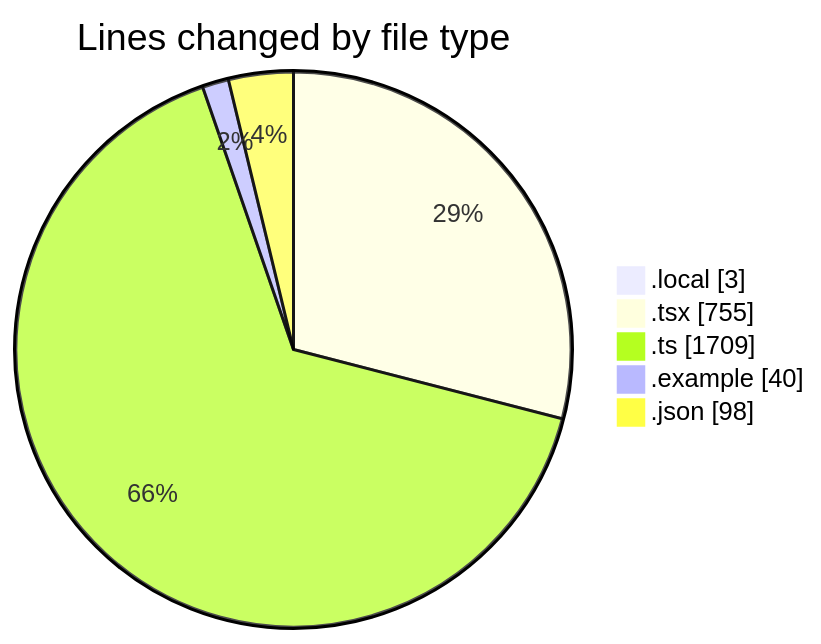
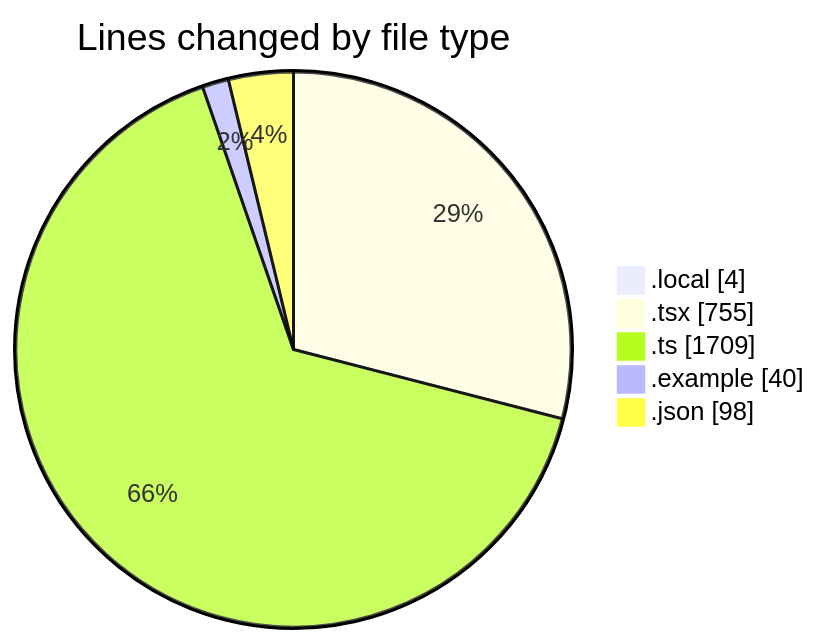
The first of 2 diagrams in 2025-11-20/eventscop-frontend-guide__workspace_/README.md (julien-gomy/code-tracking), drawn with Mermaid before and after one commit. The commit also changed other lines of this file and 1 other file, not shown here.

````diff
--- a/2025-11-20/eventscop-frontend-guide__workspace_/README.md
+++ b/2025-11-20/eventscop-frontend-guide__workspace_/README.md
@@ -50,9 +50,9 @@
 ```mermaid
 pie showData
 title Lines changed by file type
-".local" : 3
+".local" : 4
 ".tsx" : 755
 ".ts" : 1709
 ".example" : 40
 ".json" : 98
 ```
````
